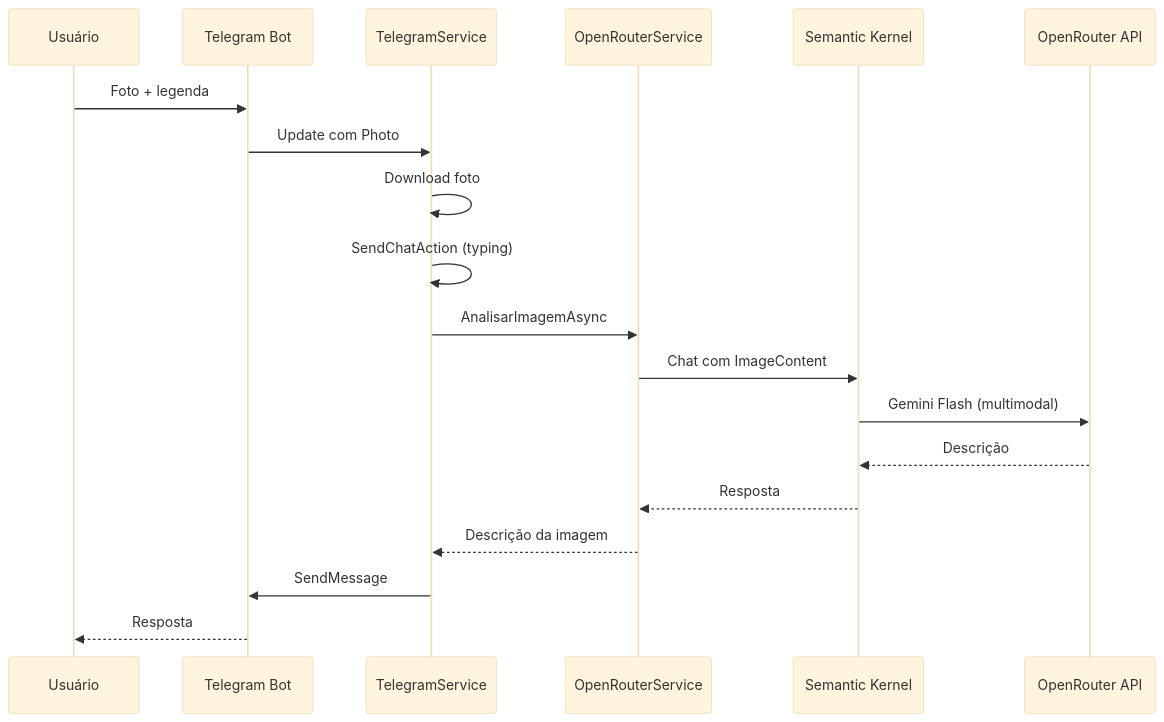
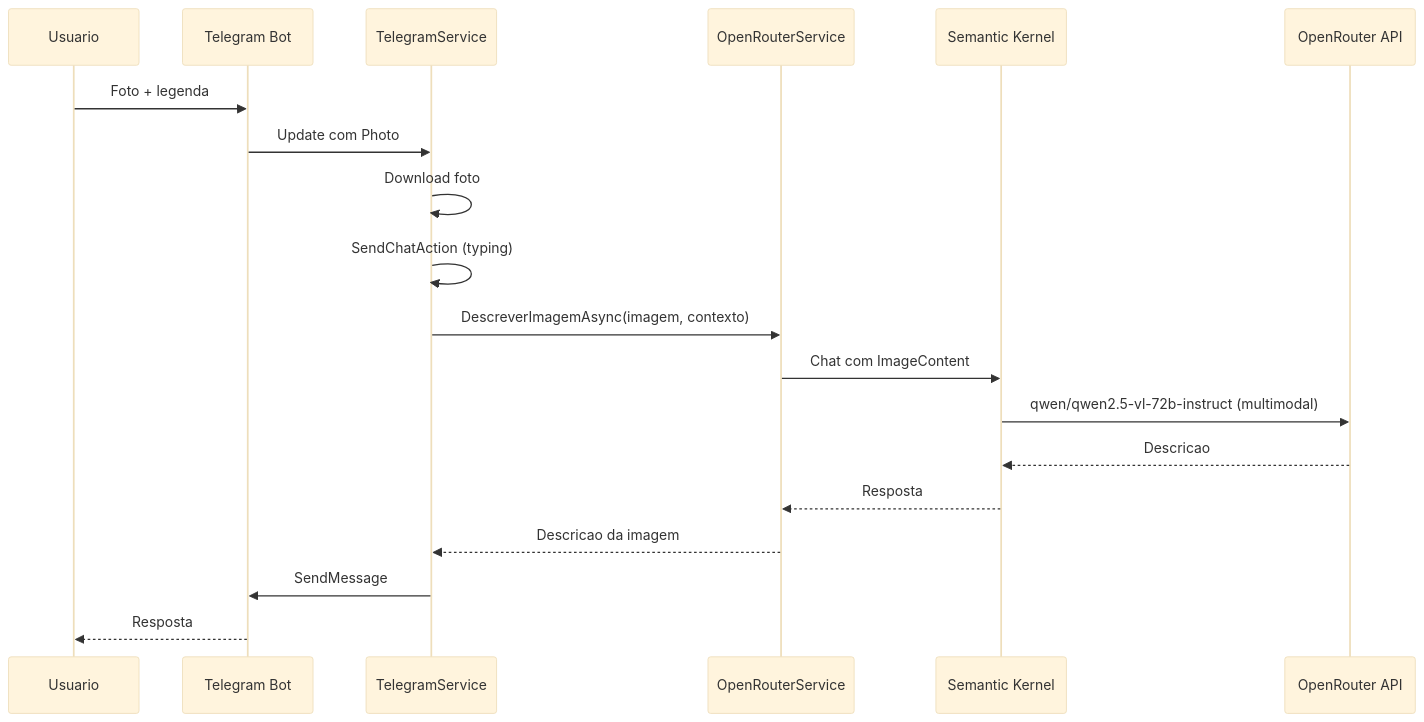
The eighth of 16 diagrams in docs/ARCHITECTURE.md (joaopedro-marques/suspira.fluxo.demo), drawn with Mermaid (base theme) before and after one commit. The commit also changed other lines of this file, not shown here.

Commit message:
docs: reescrever ARCHITECTURE.md refletindo loop de orquestracao atual

````diff
--- a/docs/ARCHITECTURE.md
+++ b/docs/ARCHITECTURE.md
@@ -286,22 +323,22 @@
 ```mermaid
 sequenceDiagram
-    participant U as Usuário
+    participant U as Usuario
     participant T as Telegram Bot
     participant TS as TelegramService
     participant OR as OpenRouterService
     participant SK as Semantic Kernel
     participant ORAPI as OpenRouter API
     
     U->>T: Foto + legenda
     T->>TS: Update com Photo
     TS->>TS: Download foto
     TS->>TS: SendChatAction (typing)
-    TS->>OR: AnalisarImagemAsync
+    TS->>OR: DescreverImagemAsync(imagem, contexto)
     OR->>SK: Chat com ImageContent
-    SK->>ORAPI: Gemini Flash (multimodal)
-    ORAPI-->>SK: Descrição
+    SK->>ORAPI: qwen/qwen2.5-vl-72b-instruct (multimodal)
+    ORAPI-->>SK: Descricao
     SK-->>OR: Resposta
-    OR-->>TS: Descrição da imagem
+    OR-->>TS: Descricao da imagem
     TS->>T: SendMessage
     T-->>U: Resposta
 ```
````
